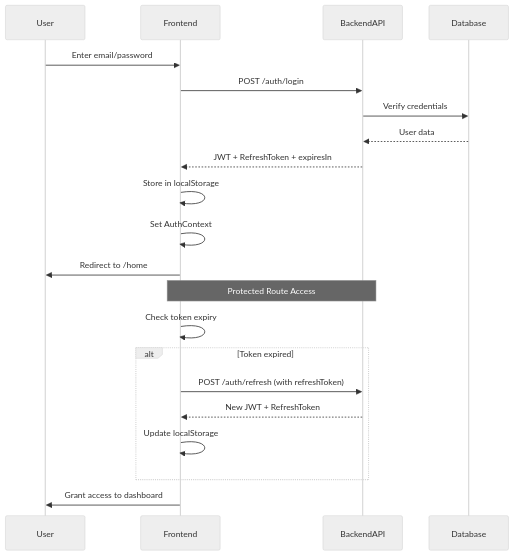
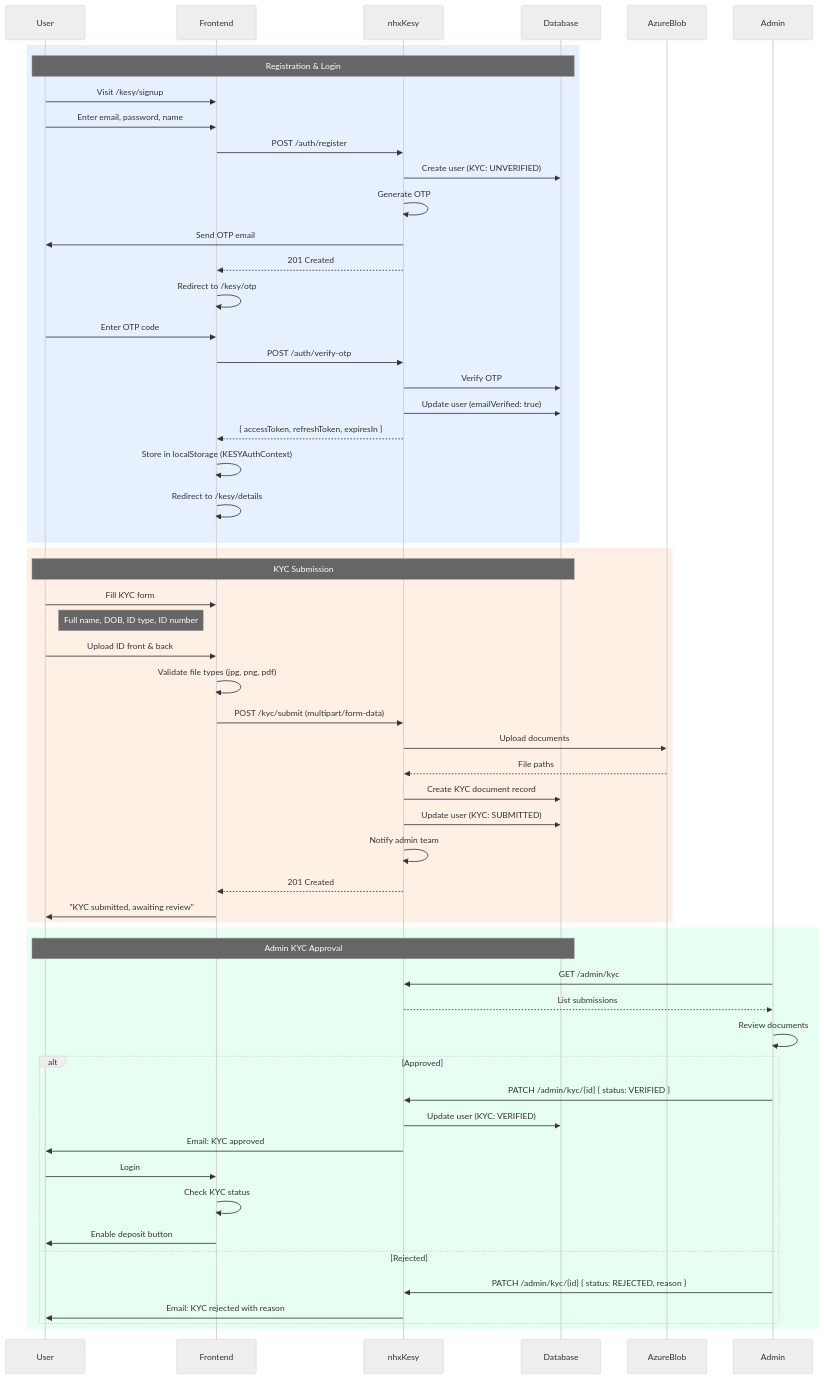
One commit to nhx-finance/frontend changed the second of 2 diagrams in README.md. Above: the diagram before and after it, drawn with Mermaid (neutral theme). The commit also changed other lines of this file, not shown here.

First line of the commit message:
Refactors README for KESY stablecoin platform

````diff
--- a/README.md
+++ b/README.md
@@ -272,25 +280,64 @@
 ```mermaid
 sequenceDiagram
     participant User
     participant Frontend
-    participant BackendAPI
+    participant nhxKesy
     participant Database
+    participant AzureBlob
 
-    User->>Frontend: Enter email/password
-    Frontend->>BackendAPI: POST /auth/login
-    BackendAPI->>Database: Verify credentials
-    Database-->>BackendAPI: User data
-    BackendAPI-->>Frontend: JWT + RefreshToken + expiresIn
-    Frontend->>Frontend: Store in localStorage
-    Frontend->>Frontend: Set AuthContext
-    Frontend->>User: Redirect to /home
+    rect rgb(230, 240, 255)
+    Note over User,Database: Registration & Login
+    User->>Frontend: Visit /kesy/signup
+    User->>Frontend: Enter email, password, name
+    Frontend->>nhxKesy: POST /auth/register
+    nhxKesy->>Database: Create user (KYC: UNVERIFIED)
+    nhxKesy->>nhxKesy: Generate OTP
+    nhxKesy->>User: Send OTP email
+    nhxKesy-->>Frontend: 201 Created
 
-    Note over Frontend,BackendAPI: Protected Route Access
-    Frontend->>Frontend: Check token expiry
-    alt Token expired
-        Frontend->>BackendAPI: POST /auth/refresh (with refreshToken)
-        BackendAPI-->>Frontend: New JWT + RefreshToken
-        Frontend->>Frontend: Update localStorage
+    Frontend->>Frontend: Redirect to /kesy/otp
+    User->>Frontend: Enter OTP code
+    Frontend->>nhxKesy: POST /auth/verify-otp
+    nhxKesy->>Database: Verify OTP
+    nhxKesy->>Database: Update user (emailVerified: true)
+    nhxKesy-->>Frontend: { accessToken, refreshToken, expiresIn }
+    Frontend->>Frontend: Store in localStorage (KESYAuthContext)
+    Frontend->>Frontend: Redirect to /kesy/details
     end
-    Frontend->>User: Grant access to dashboard
+
+    rect rgb(255, 240, 230)
+    Note over User,Database: KYC Submission
+    User->>Frontend: Fill KYC form
+    Note right of User: Full name, DOB, ID type, ID number
+    User->>Frontend: Upload ID front & back
+    Frontend->>Frontend: Validate file types (jpg, png, pdf)
+
+    Frontend->>nhxKesy: POST /kyc/submit (multipart/form-data)
+    nhxKesy->>AzureBlob: Upload documents
+    AzureBlob-->>nhxKesy: File paths
+    nhxKesy->>Database: Create KYC document record
+    nhxKesy->>Database: Update user (KYC: SUBMITTED)
+    nhxKesy->>nhxKesy: Notify admin team
+    nhxKesy-->>Frontend: 201 Created
+    Frontend->>User: "KYC submitted, awaiting review"
+    end
+
+    rect rgb(230, 255, 240)
+    Note over User,Database: Admin KYC Approval
+    Admin->>nhxKesy: GET /admin/kyc
+    nhxKesy-->>Admin: List submissions
+    Admin->>Admin: Review documents
+
+    alt Approved
+        Admin->>nhxKesy: PATCH /admin/kyc/{id} { status: VERIFIED }
+        nhxKesy->>Database: Update user (KYC: VERIFIED)
+        nhxKesy->>User: Email: KYC approved
+        User->>Frontend: Login
+        Frontend->>Frontend: Check KYC status
+        Frontend->>User: Enable deposit button
+    else Rejected
+        Admin->>nhxKesy: PATCH /admin/kyc/{id} { status: REJECTED, reason }
+        nhxKesy->>User: Email: KYC rejected with reason
+    end
+    end
 ```
````
